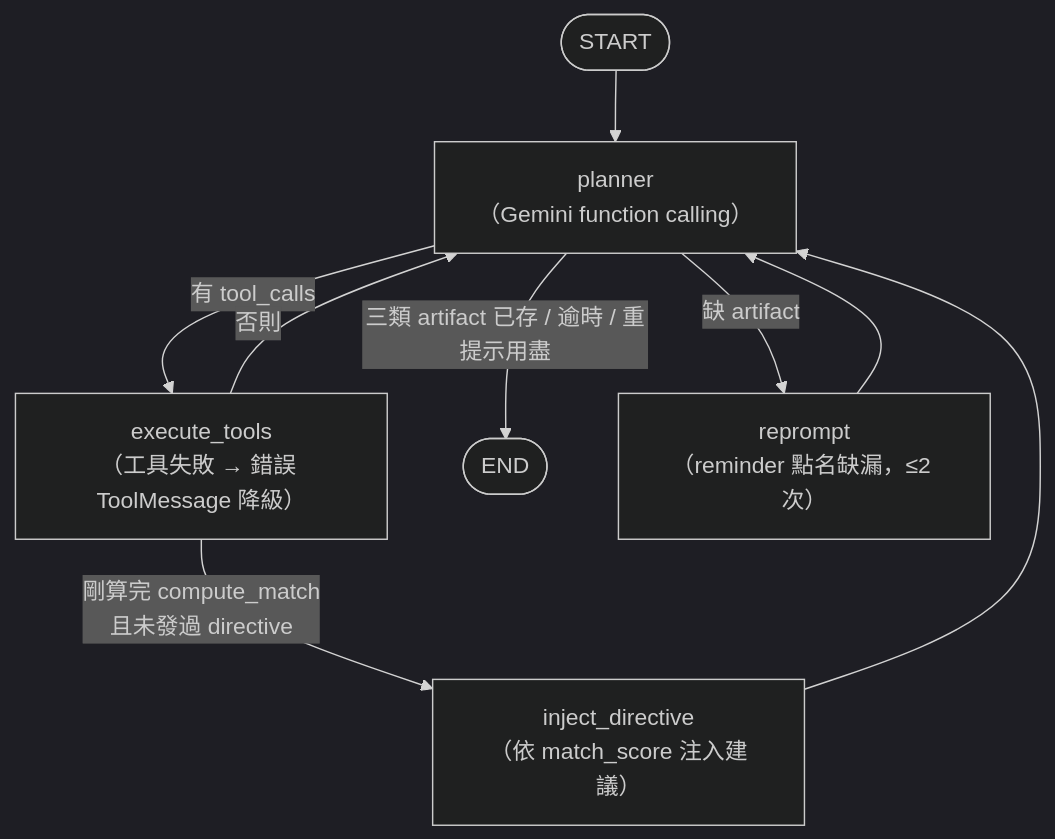
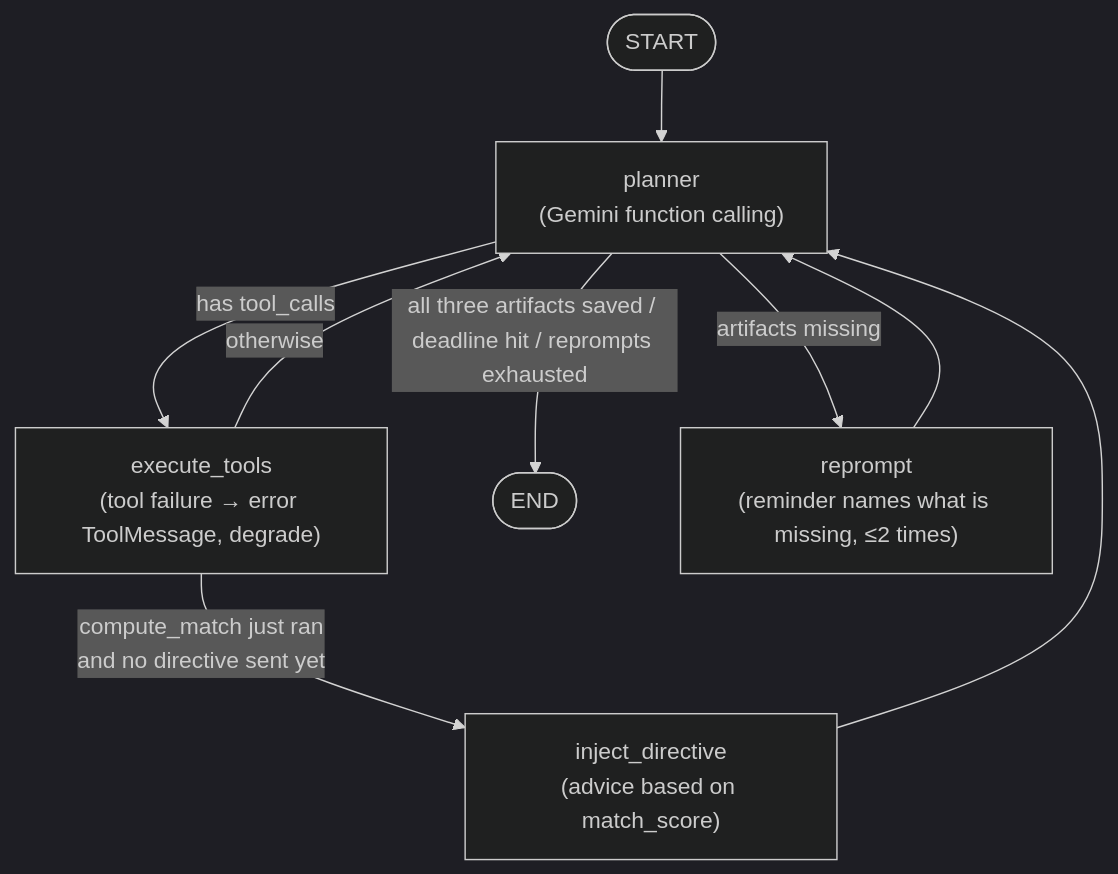
The third of 4 diagrams in docs/architecture.md (mhong26/CareerPilot_AI), drawn with Mermaid (dark theme) before and after one commit. The commit also changed other lines of this file and 18 other files, not shown here.

````diff
--- a/docs/architecture.md
+++ b/docs/architecture.md
@@ -110,11 +112,11 @@
 ```mermaid
 flowchart TB
-    S([START]) --> P["planner<br/>（Gemini function calling）"]
-    P -->|"有 tool_calls"| X["execute_tools<br/>（工具失敗 → 錯誤 ToolMessage 降級）"]
-    P -->|"三類 artifact 已存 / 逾時 / 重提示用盡"| E([END])
-    P -->|"缺 artifact"| R["reprompt<br/>（reminder 點名缺漏，≤2 次）"]
-    X -->|"剛算完 compute_match<br/>且未發過 directive"| D["inject_directive<br/>（依 match_score 注入建議）"]
-    X -->|"否則"| P
+    S([START]) --> P["planner<br/>(Gemini function calling)"]
+    P -->|"has tool_calls"| X["execute_tools<br/>(tool failure → error ToolMessage, degrade)"]
+    P -->|"all three artifacts saved / deadline hit / reprompts exhausted"| E([END])
+    P -->|"artifacts missing"| R["reprompt<br/>(reminder names what is missing, ≤2 times)"]
+    X -->|"compute_match just ran<br/>and no directive sent yet"| D["inject_directive<br/>(advice based on match_score)"]
+    X -->|"otherwise"| P
     D --> P
     R --> P
 ```
````
